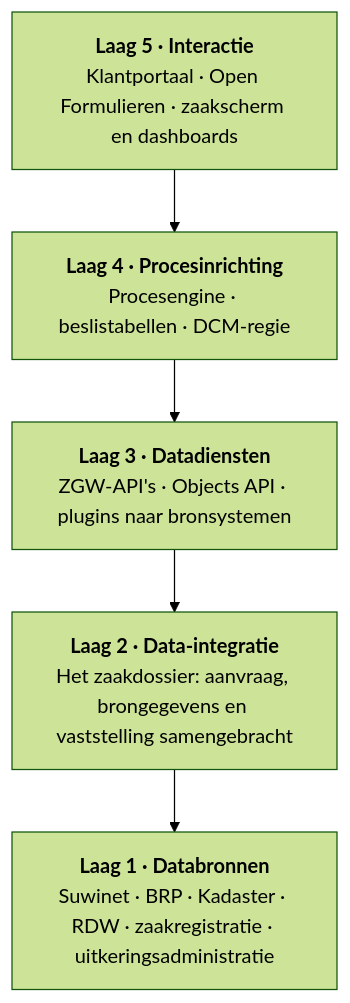
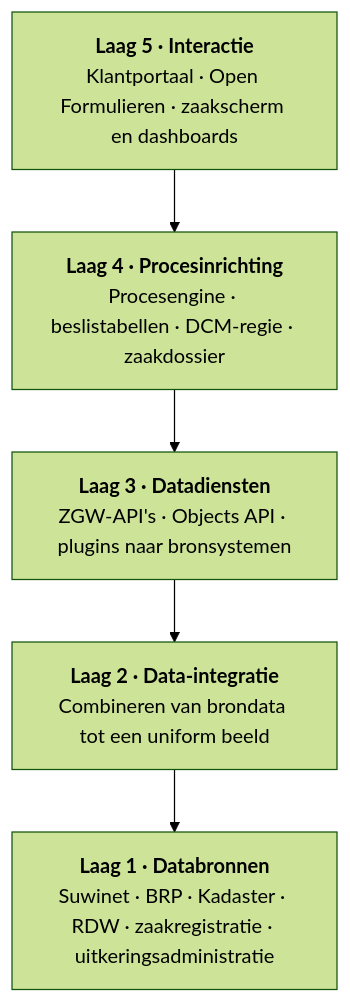
The first of 4 diagrams in overzicht/architectuur.md (generiekzaakafhandelcomponent/mijn-inkomen-documentatie), drawn with Mermaid (forest theme) before and after one commit. The commit also changed other lines of this file, not shown here.

First line of the commit message:
Zaakdossier naar laag 4

````diff
--- a/overzicht/architectuur.md
+++ b/overzicht/architectuur.md
@@ -13,10 +13,10 @@
 ```mermaid
 flowchart TB
     L5["<b>Laag 5 · Interactie</b><br/>Klantportaal · Open Formulieren · zaakscherm en dashboards"]
-    L4["<b>Laag 4 · Procesinrichting</b><br/>Procesengine · beslistabellen · DCM-regie"]
+    L4["<b>Laag 4 · Procesinrichting</b><br/>Procesengine · beslistabellen · DCM-regie · zaakdossier"]
     L3["<b>Laag 3 · Datadiensten</b><br/>ZGW-API's · Objects API · plugins naar bronsystemen"]
-    L2["<b>Laag 2 · Data-integratie</b><br/>Het zaakdossier: aanvraag, brongegevens en vaststelling samengebracht"]
+    L2["<b>Laag 2 · Data-integratie</b><br/>Combineren van brondata tot een uniform beeld"]
     L1["<b>Laag 1 · Databronnen</b><br/>Suwinet · BRP · Kadaster · RDW · zaakregistratie · uitkeringsadministratie"]
 
     L5 --> L4 --> L3 --> L2 --> L1
 ```
````
